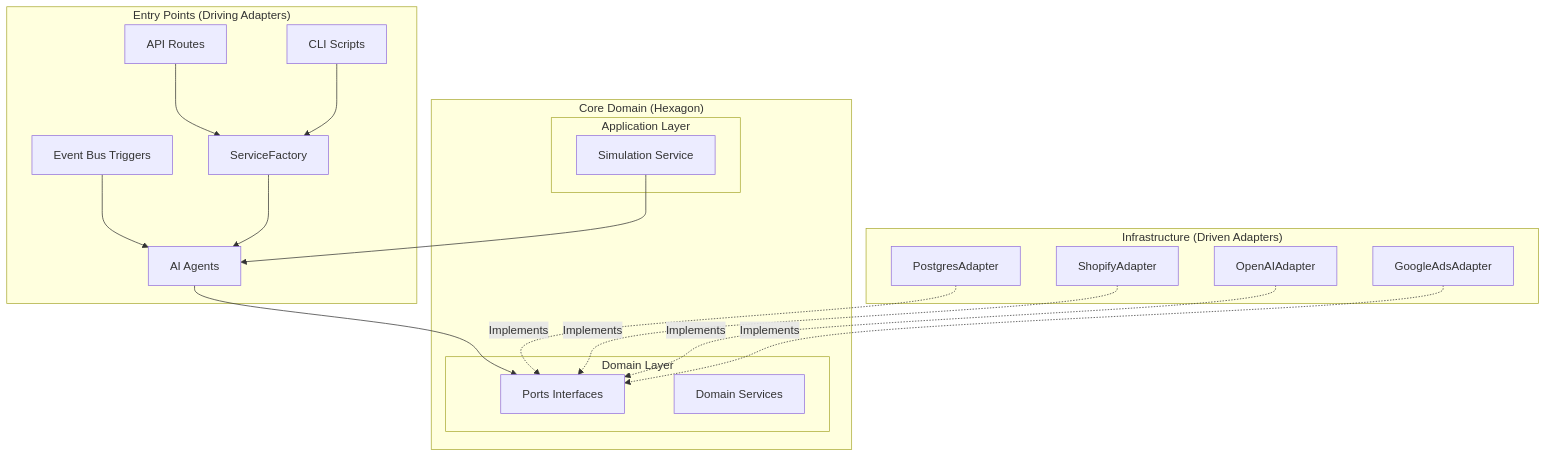
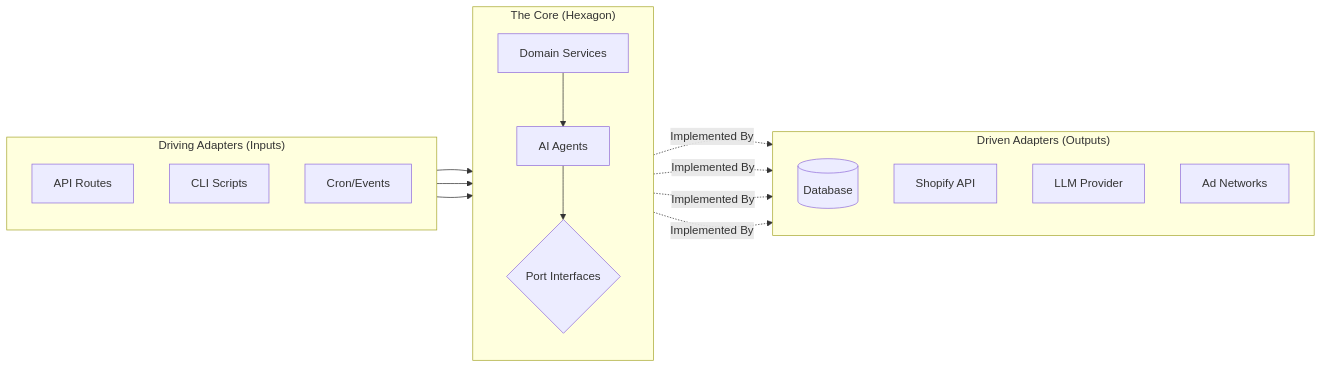
Before and after one commit to andylelli/ds1: the diagram in Documentation/Reference/ARCHITECTURE_REFERENCE.md, drawn with Mermaid. The commit also changed other lines of this file, not shown here.

````diff
--- a/Documentation/Reference/ARCHITECTURE_REFERENCE.md
+++ b/Documentation/Reference/ARCHITECTURE_REFERENCE.md
@@ -11,31 +13,36 @@
 ```mermaid
-graph TD
-    subgraph "Entry Points (Driving Adapters)"
-        API[API Routes] --> ServiceFactory
-        CLI[CLI Scripts] --> ServiceFactory
-        Events[Event Bus Triggers] --> Agents
+graph LR
+    subgraph Primary["Driving Adapters (Inputs)"]
+        direction TB
+        API[API Routes]
+        CLI[CLI Scripts]
+        Cron[Cron/Events]
     end
 
-    subgraph "Core Domain (Hexagon)"
-        subgraph "Application Layer"
-            Agents[AI Agents]
-            SimService[Simulation Service]
-        end
-        
-        subgraph "Domain Layer"
-            Ports[Ports Interfaces]
-            DomainServices[Domain Services]
-        end
-        
-        ServiceFactory --> Agents
-        Agents --> Ports
-        SimService --> Agents
+    subgraph Hexagon["The Core (Hexagon)"]
+        direction TB
+        Agents[AI Agents]
+        Services[Domain Services]
+        Ports{Port Interfaces}
     end
 
-    subgraph "Infrastructure (Driven Adapters)"
-        Postgres[PostgresAdapter] -.->|Implements| Ports
-        Shopify[ShopifyAdapter] -.->|Implements| Ports
-        OpenAI[OpenAIAdapter] -.->|Implements| Ports
-        GoogleAds[GoogleAdsAdapter] -.->|Implements| Ports
+    subgraph Secondary["Driven Adapters (Outputs)"]
+        direction TB
+        DB[(Database)]
+        Shopify[Shopify API]
+        LLM[LLM Provider]
+        Ads[Ad Networks]
     end
+
+    API --> Services
+    CLI --> Services
+    Cron --> Agents
+
+    Services --> Agents
+    Agents --> Ports
+
+    Ports -.->|Implemented By| DB
+    Ports -.->|Implemented By| Shopify
+    Ports -.->|Implemented By| LLM
+    Ports -.->|Implemented By| Ads
 ```
````
